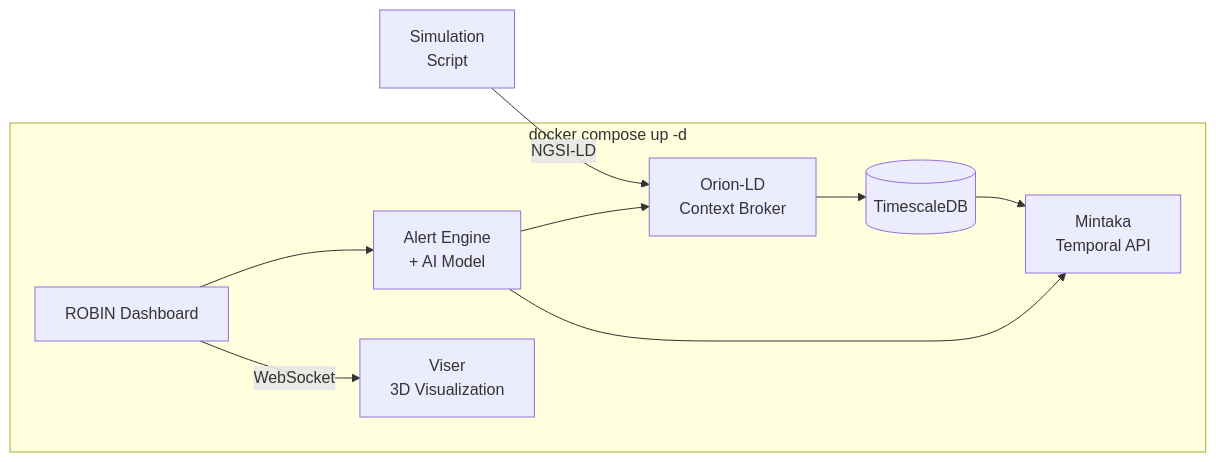
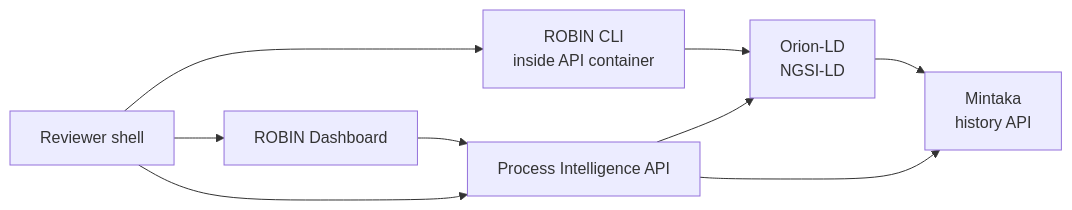
The diagram in docs/quickstart.rst (3D-Components/open-robin), drawn with Mermaid before and after one commit. The commit also changed other lines of this file and 5 other files, not shown here.

```diff
--- a/docs/quickstart.rst
+++ b/docs/quickstart.rst
@@ -19,18 +27,11 @@
 .. mermaid::
 
    graph LR
-       subgraph stack ["docker compose up -d"]
-           ORION["Orion-LD<br/>Context Broker"]
-           TSDB[("TimescaleDB")]
-           MINTAKA["Mintaka<br/>Temporal API"]
-           ALERT["Alert Engine<br/>+ AI Model"]
-           VISER["Viser<br/>3D Visualization"]
-           DASH["ROBIN Dashboard"]
-       end
-       SIM["Simulation<br/>Script"] -->|NGSI-LD| ORION
-       ORION --> TSDB
-       TSDB --> MINTAKA
-       ALERT --> ORION
-       ALERT --> MINTAKA
-       DASH --> ALERT
-       DASH -->|WebSocket| VISER
+       REVIEWER["Reviewer shell"] --> CLI["ROBIN CLI<br/>inside API container"]
+       CLI --> ORION["Orion-LD<br/>NGSI-LD"]
+       ORION --> MINTAKA["Mintaka<br/>history API"]
+       API["Process Intelligence API"] --> ORION
+       API --> MINTAKA
+       DASH["ROBIN Dashboard"] --> API
+       REVIEWER --> API
+       REVIEWER --> DASH
```
